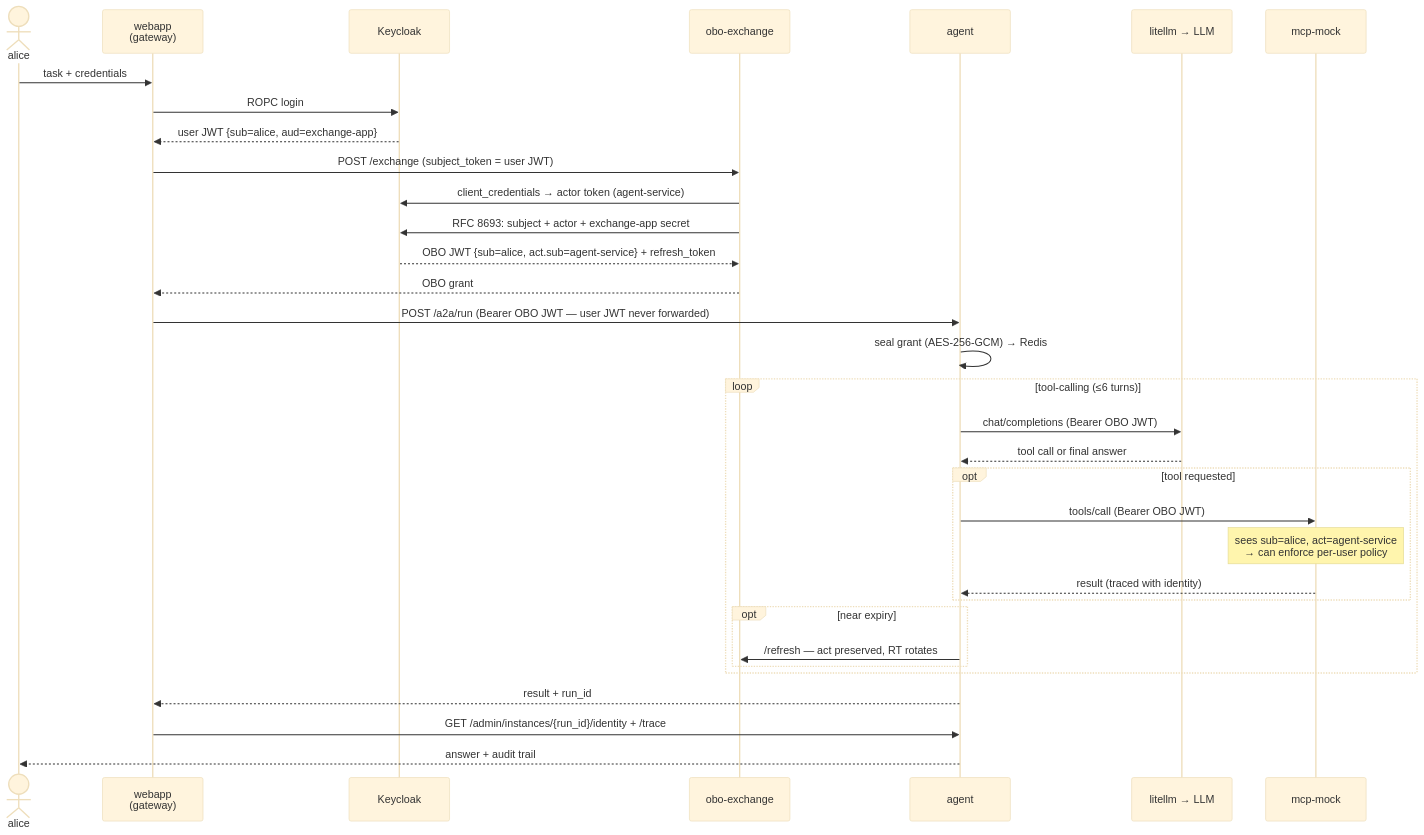
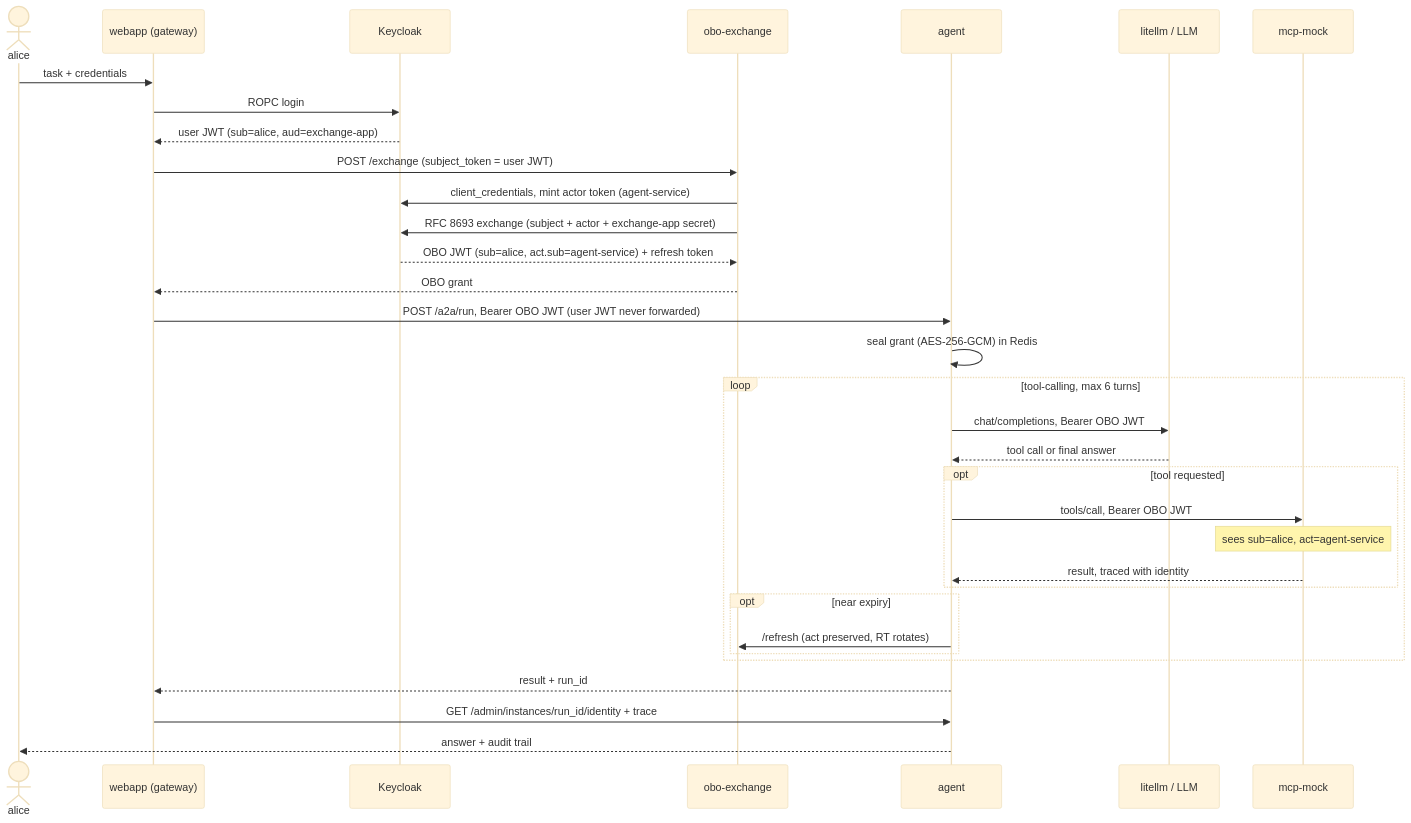
One commit to lorenzogirardi/website changed the second of 3 diagrams in content/posts/who-is-your-ai-agent-acting-for-rfc-8693-on-behalf-of-delegation.md. Above: the diagram before and after it, drawn with Mermaid (base theme). The commit also changed other lines of this file, not shown here.

First line of the commit message:
fix(posts): render mermaid diagrams via LoveIt shortcode

````diff
--- a/content/posts/who-is-your-ai-agent-acting-for-rfc-8693-on-behalf-of-delegation.md
+++ b/content/posts/who-is-your-ai-agent-acting-for-rfc-8693-on-behalf-of-delegation.md
@@ -160,40 +165,40 @@
-```mermaid
+{{< mermaid >}}
 sequenceDiagram
     actor U as alice
-    participant W as webapp<br/>(gateway)
+    participant W as webapp (gateway)
     participant K as Keycloak
     participant O as obo-exchange
     participant A as agent
-    participant L as litellm → LLM
+    participant L as litellm / LLM
     participant M as mcp-mock
 
     U->>W: task + credentials
     W->>K: ROPC login
-    K-->>W: user JWT {sub=alice, aud=exchange-app}
+    K-->>W: user JWT (sub=alice, aud=exchange-app)
 
     W->>O: POST /exchange (subject_token = user JWT)
-    O->>K: client_credentials → actor token (agent-service)
-    O->>K: RFC 8693: subject + actor + exchange-app secret
-    K-->>O: OBO JWT {sub=alice, act.sub=agent-service} + refresh_token
+    O->>K: client_credentials, mint actor token (agent-service)
+    O->>K: RFC 8693 exchange (subject + actor + exchange-app secret)
+    K-->>O: OBO JWT (sub=alice, act.sub=agent-service) + refresh token
     O-->>W: OBO grant
 
-    W->>A: POST /a2a/run (Bearer OBO JWT — user JWT never forwarded)
-    A->>A: seal grant (AES-256-GCM) → Redis
+    W->>A: POST /a2a/run, Bearer OBO JWT (user JWT never forwarded)
+    A->>A: seal grant (AES-256-GCM) in Redis
 
-    loop tool-calling (≤6 turns)
-        A->>L: chat/completions (Bearer OBO JWT)
+    loop tool-calling, max 6 turns
+        A->>L: chat/completions, Bearer OBO JWT
         L-->>A: tool call or final answer
         opt tool requested
-            A->>M: tools/call (Bearer OBO JWT)
-            Note over M: sees sub=alice, act=agent-service<br/>→ can enforce per-user policy
-            M-->>A: result (traced with identity)
+            A->>M: tools/call, Bearer OBO JWT
+            Note over M: sees sub=alice, act=agent-service
+            M-->>A: result, traced with identity
         end
         opt near expiry
-            A->>O: /refresh — act preserved, RT rotates
+            A->>O: /refresh (act preserved, RT rotates)
         end
     end
 
     A-->>W: result + run_id
-    W->>A: GET /admin/instances/{run_id}/identity + /trace
+    W->>A: GET /admin/instances/run_id/identity + trace
     A-->>U: answer + audit trail
-```
+{{< /mermaid >}}
````
